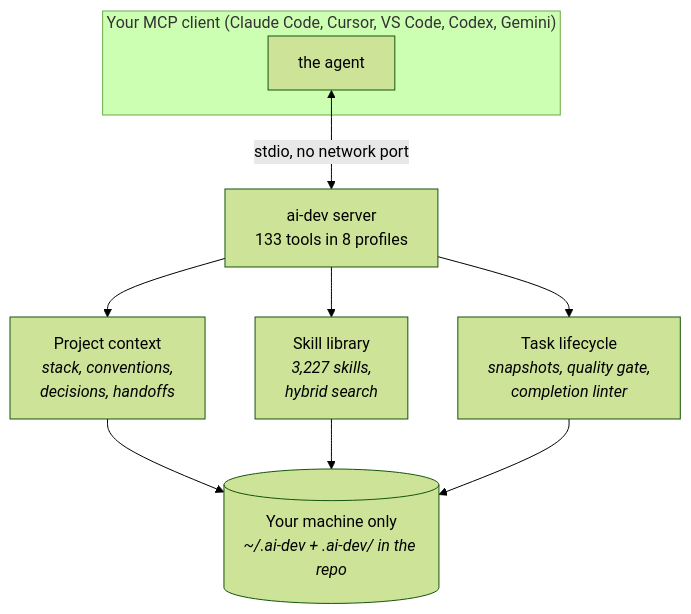
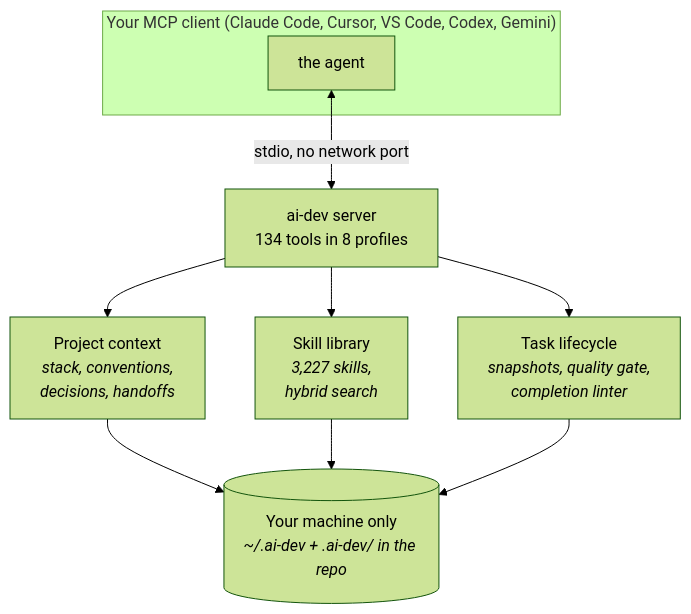
Before and after one commit to BreezeAreaSay/ai-dev-system: the second of 2 diagrams in README.md, drawn with Mermaid (forest theme). The commit also changed other lines of this file and 18 other files, not shown here.

````diff
--- a/README.md
+++ b/README.md
@@ -131,11 +131,11 @@
 ```mermaid
 flowchart TB
     subgraph client["Your MCP client (Claude Code, Cursor, VS Code, Codex, Gemini)"]
         agent["the agent"]
     end
-    agent <-->|stdio, no network port| server["ai-dev server<br/>133 tools in 8 profiles"]
+    agent <-->|stdio, no network port| server["ai-dev server<br/>134 tools in 8 profiles"]
     server --> ctx["Project context<br/><i>stack, conventions,<br/>decisions, handoffs</i>"]
     server --> skills["Skill library<br/><i>3,227 skills,<br/>hybrid search</i>"]
     server --> life["Task lifecycle<br/><i>snapshots, quality gate,<br/>completion linter</i>"]
     ctx & skills & life --> disk[("Your machine only<br/><i>~/.ai-dev + .ai-dev/ in the repo</i>")]
 ```
````
